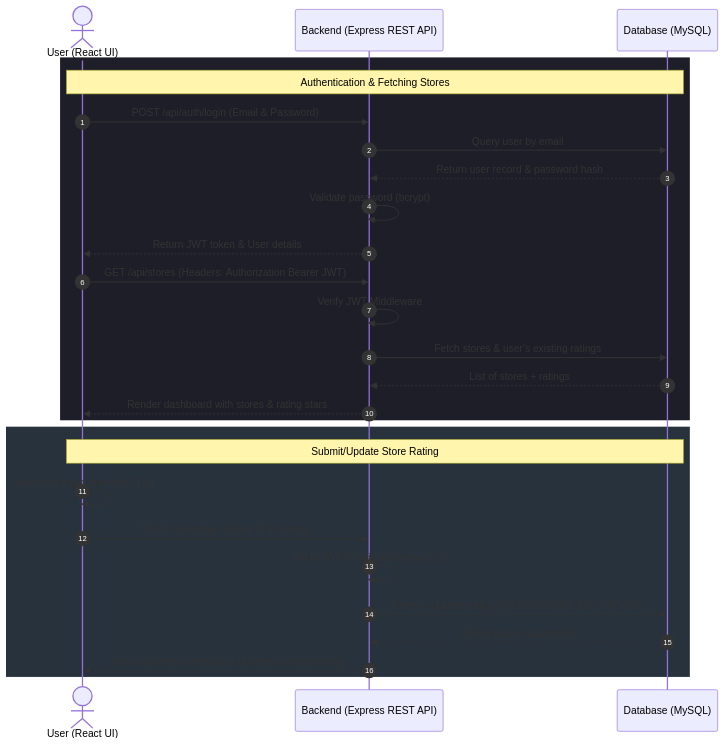
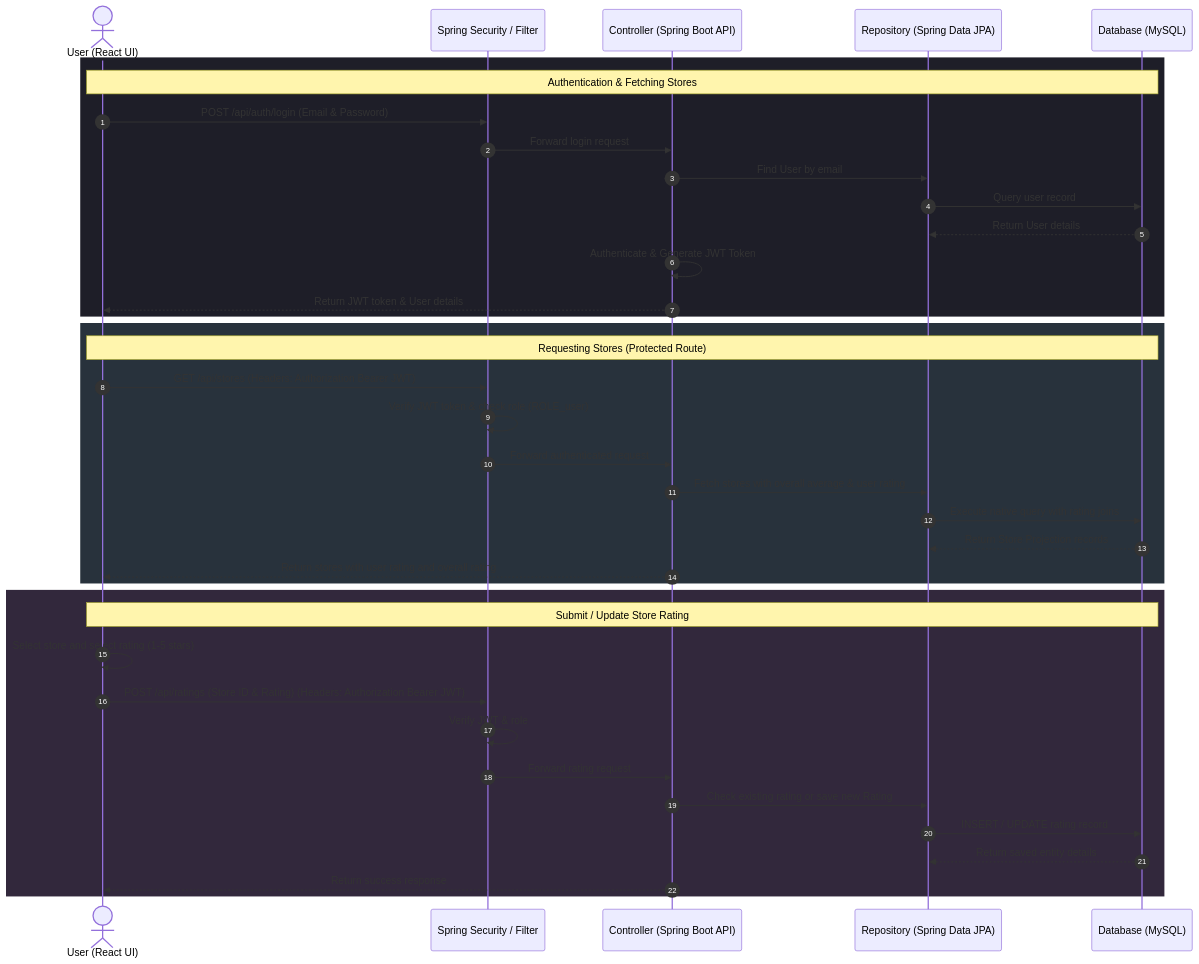
The diagram in README.md (SurajKarande01/Store-Rating-Model), drawn with Mermaid before and after one commit. The commit also changed other lines of this file, not shown here.

````diff
--- a/README.md
+++ b/README.md
@@ -76,31 +85,43 @@
 ```mermaid
 sequenceDiagram
     autonumber
     actor User as User (React UI)
-    participant Server as Backend (Express REST API)
+    participant Sec as Spring Security / Filter
+    participant Ctrl as Controller (Spring Boot API)
+    participant Repo as Repository (Spring Data JPA)
     participant DB as Database (MySQL)
 
     rect rgb(30, 30, 40)
     Note over User,DB: Authentication & Fetching Stores
-    User->>Server: POST /api/auth/login (Email & Password)
-    Server->>DB: Query user by email
-    DB-->>Server: Return user record & password hash
-    Server->>Server: Validate password (bcrypt)
-    Server-->>User: Return JWT token & User details
-    User->>Server: GET /api/stores (Headers: Authorization Bearer JWT)
-    Server->>Server: Verify JWT Middleware
-    Server->>DB: Fetch stores & user's existing ratings
-    DB-->>Server: List of stores + ratings
-    Server-->>User: Render dashboard with stores & rating stars
+    User->>Sec: POST /api/auth/login (Email & Password)
+    Sec->>Ctrl: Forward login request
+    Ctrl->>Repo: Find User by email
+    Repo->>DB: Query user record
+    DB-->>Repo: Return User details
+    Ctrl->>Ctrl: Authenticate & Generate JWT Token
+    Ctrl-->>User: Return JWT token & User details
     end
 
     rect rgb(40, 50, 60)
-    Note over User,DB: Submit/Update Store Rating
-    User->>User: Select store and click star (1-5)
-    User->>Server: POST /api/ratings (Store ID & Rating)
-    Server->>Server: Verify JWT & Validate Rating (1-5)
-    Server->>DB: Insert or Update rating (ON DUPLICATE KEY UPDATE)
-    DB-->>Server: Rating saved successfully
-    Server-->>User: Return success message & updated average rating
+    Note over User,DB: Requesting Stores (Protected Route)
+    User->>Sec: GET /api/stores (Headers: Authorization Bearer JWT)
+    Sec->>Sec: Verify JWT token & check role (ROLE_user)
+    Sec->>Ctrl: Forward authenticated request
+    Ctrl->>Repo: Fetch stores with overall average & user rating
+    Repo->>DB: Execute native query with rating joins
+    DB-->>Repo: Return Store Projection records
+    Ctrl-->>User: Return stores with user rating and overall rating
+    end
+
+    rect rgb(50, 40, 60)
+    Note over User,DB: Submit / Update Store Rating
+    User->>User: Select store and select rating (1-5 stars)
+    User->>Sec: POST /api/ratings (Store ID & Rating) (Headers: Authorization Bearer JWT)
+    Sec->>Sec: Verify JWT & role
+    Sec->>Ctrl: Forward rating request
+    Ctrl->>Repo: Check existing rating or save new Rating
+    Repo->>DB: INSERT / UPDATE rating record
+    DB-->>Repo: Return saved entity details
+    Ctrl-->>User: Return success response
     end
 ```
````
